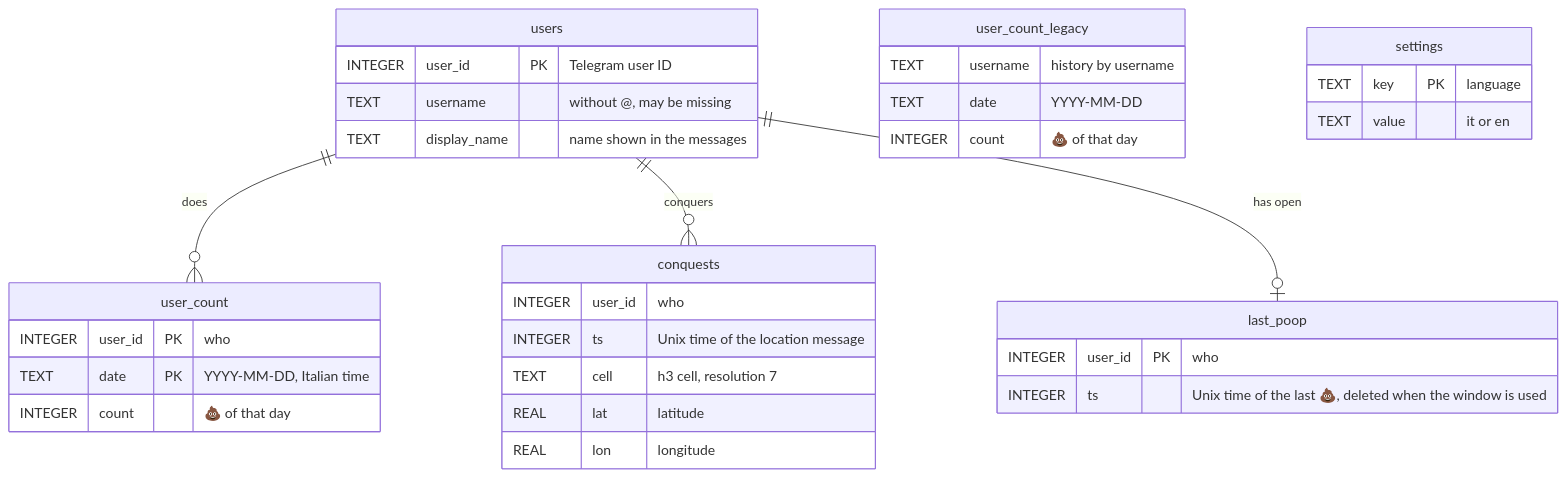
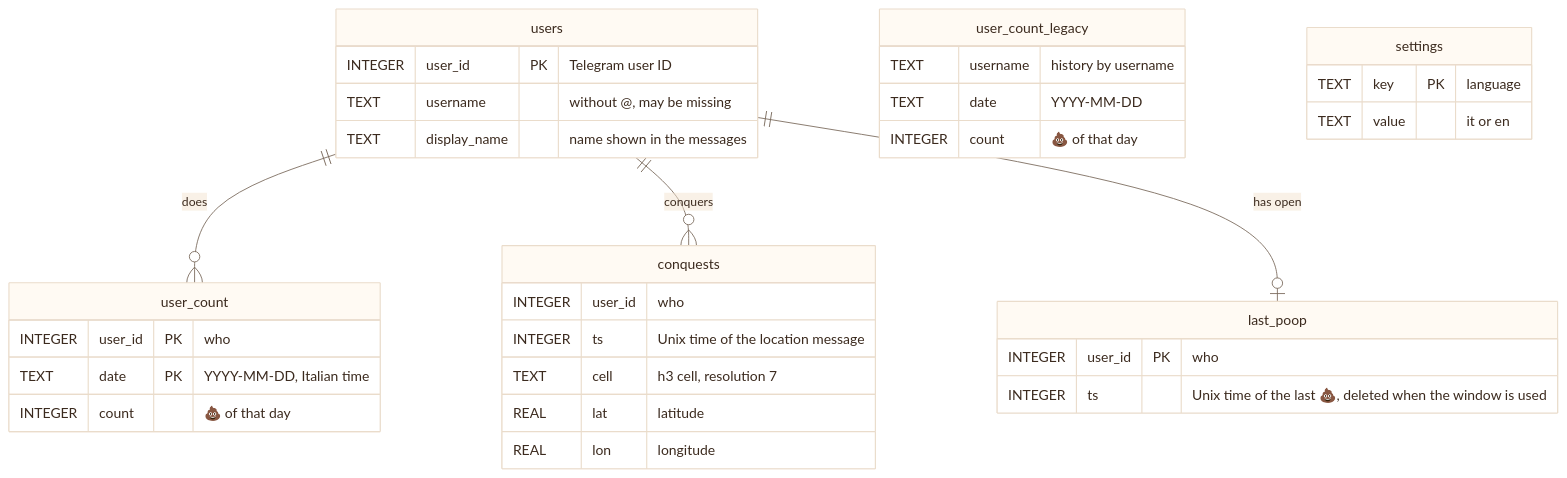
The sixth of 6 diagrams in docs/architecture.md (francescoperrino/Caccometro), drawn with Mermaid before and after one commit. The commit also changed other lines of this file and 14 other files, not shown here.

Commit message:
Give every Mermaid diagram one style from tools/mermaid_style.py, with a title and a description (#204)

````diff
--- a/docs/architecture.md
+++ b/docs/architecture.md
@@ -306,36 +463,68 @@
 ```mermaid
+---
+config:
+  theme: base
+  themeVariables:
+    fontFamily: "Nunito, Segoe UI, Roboto, sans-serif"
+    primaryColor: "#fffaf3"
+    primaryTextColor: "#3b2a1e"
+    primaryBorderColor: "#eadccb"
+    secondaryColor: "#f7ecdc"
+    tertiaryColor: "#f3e4d0"
+    lineColor: "#7a6a5c"
+    textColor: "#3b2a1e"
+    edgeLabelBackground: "#fffaf3"
+    clusterBkg: "#f3e4d0"
+    clusterBorder: "#cbbca9"
+    titleColor: "#5c4f42"
+    noteBkgColor: "#f7ecdc"
+    noteTextColor: "#3b2a1e"
+    actorBkg: "#fffaf3"
+    actorBorder: "#5c4f42"
+    actorTextColor: "#3b2a1e"
+    signalColor: "#7a6a5c"
+    signalTextColor: "#3b2a1e"
+    labelBoxBkgColor: "#f3e4d0"
+    loopTextColor: "#3b2a1e"
+    sequenceNumberColor: "#fffaf3"
+    xyChart:
+      plotColorPalette: "#2f4f8f"
+  themeCSS: ".relationshipLabelBox, .relationshipLabelBox rect { opacity: 1 } .labelBkg { background-color: #fffaf3 }"
+---
 erDiagram
+    accTitle: Database of a chat
+    accDescr: The tables of the SQLite file of one chat and how they are linked
     users ||--o{ user_count : "does"
     users ||--o{ conquests : "conquers"
     users ||--o| last_poop : "has open"
     users {
         INTEGER user_id PK "Telegram user ID"
         TEXT username "without @, may be missing"
         TEXT display_name "name shown in the messages"
     }
     user_count {
         INTEGER user_id PK "who"
         TEXT date PK "YYYY-MM-DD, Italian time"
         INTEGER count "💩 of that day"
     }
     user_count_legacy {
         TEXT username "history by username"
         TEXT date "YYYY-MM-DD"
         INTEGER count "💩 of that day"
     }
     conquests {
         INTEGER user_id "who"
         INTEGER ts "Unix time of the location message"
         TEXT cell "h3 cell, resolution 7"
         REAL lat "latitude"
         REAL lon "longitude"
     }
     last_poop {
         INTEGER user_id PK "who"
         INTEGER ts "Unix time of the last 💩, deleted when the window is used"
     }
     settings {
         TEXT key PK "language"
         TEXT value "it or en"
     }
 ```
````
